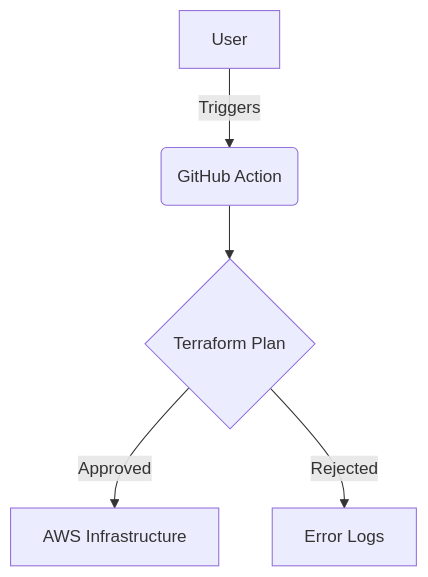
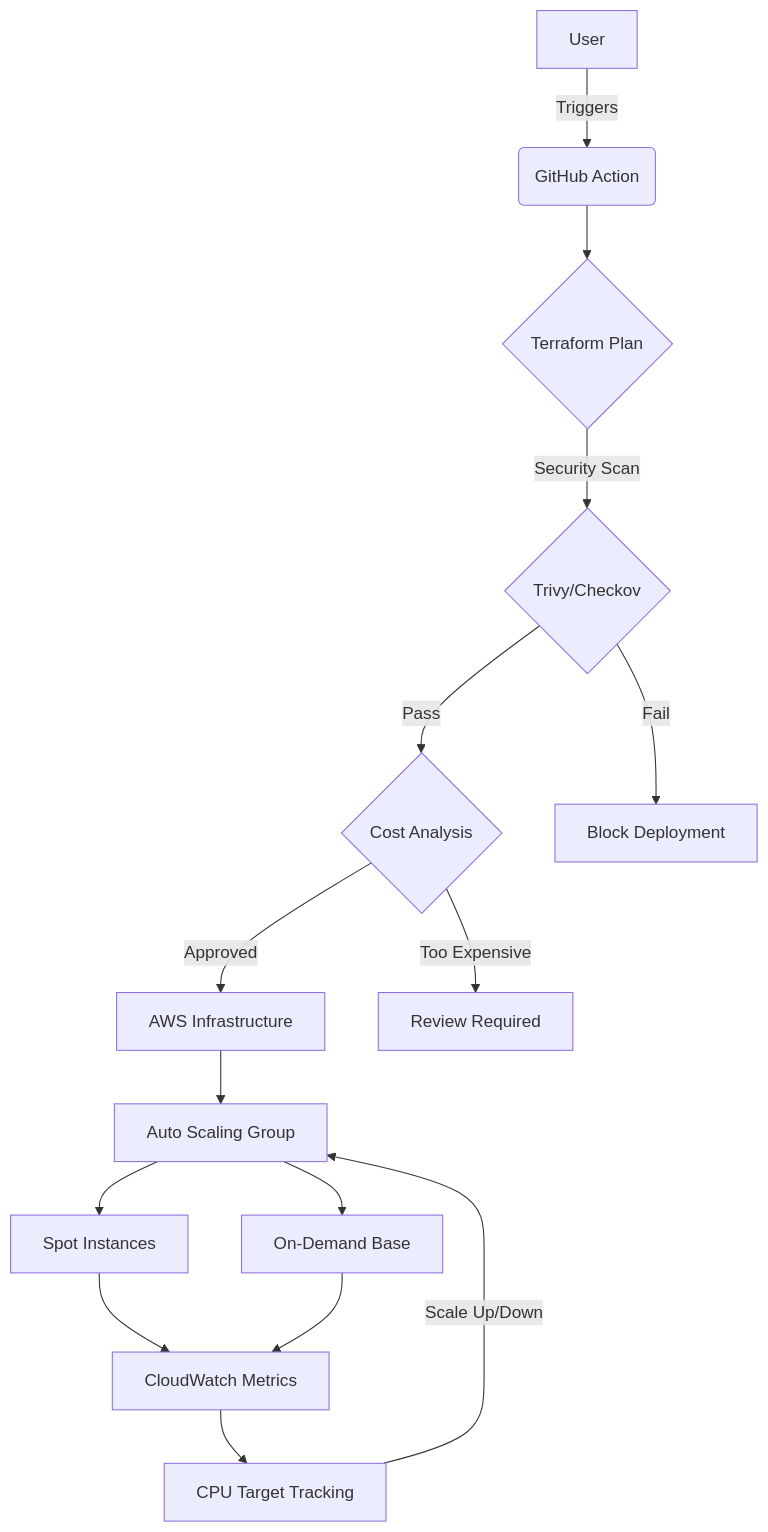
One commit to MarkChisholm-dev/Ethereal-Spot-Manager changed the diagram in README.md. Above: the diagram before and after it, drawn with Mermaid. The commit also changed other lines of this file and 8 other files, not shown here.

````diff
--- a/README.md
+++ b/README.md
@@ -20,7 +20,17 @@
 ```mermaid
 graph TD
     A[User] -->|Triggers| B(GitHub Action)
     B --> C{Terraform Plan}
-    C -->|Approved| D[AWS Infrastructure]
-    C -->|Rejected| E[Error Logs]
+    C -->|Security Scan| D{Trivy/Checkov}
+    D -->|Pass| E{Cost Analysis}
+    E -->|Approved| F[AWS Infrastructure]
+    E -->|Too Expensive| G[Review Required]
+    D -->|Fail| H[Block Deployment]
+    F --> I[Auto Scaling Group]
+    I --> J[Spot Instances]
+    I --> K[On-Demand Base]
+    J --> L[CloudWatch Metrics]
+    K --> L
+    L --> M[CPU Target Tracking]
+    M -->|Scale Up/Down| I
 ```
````
